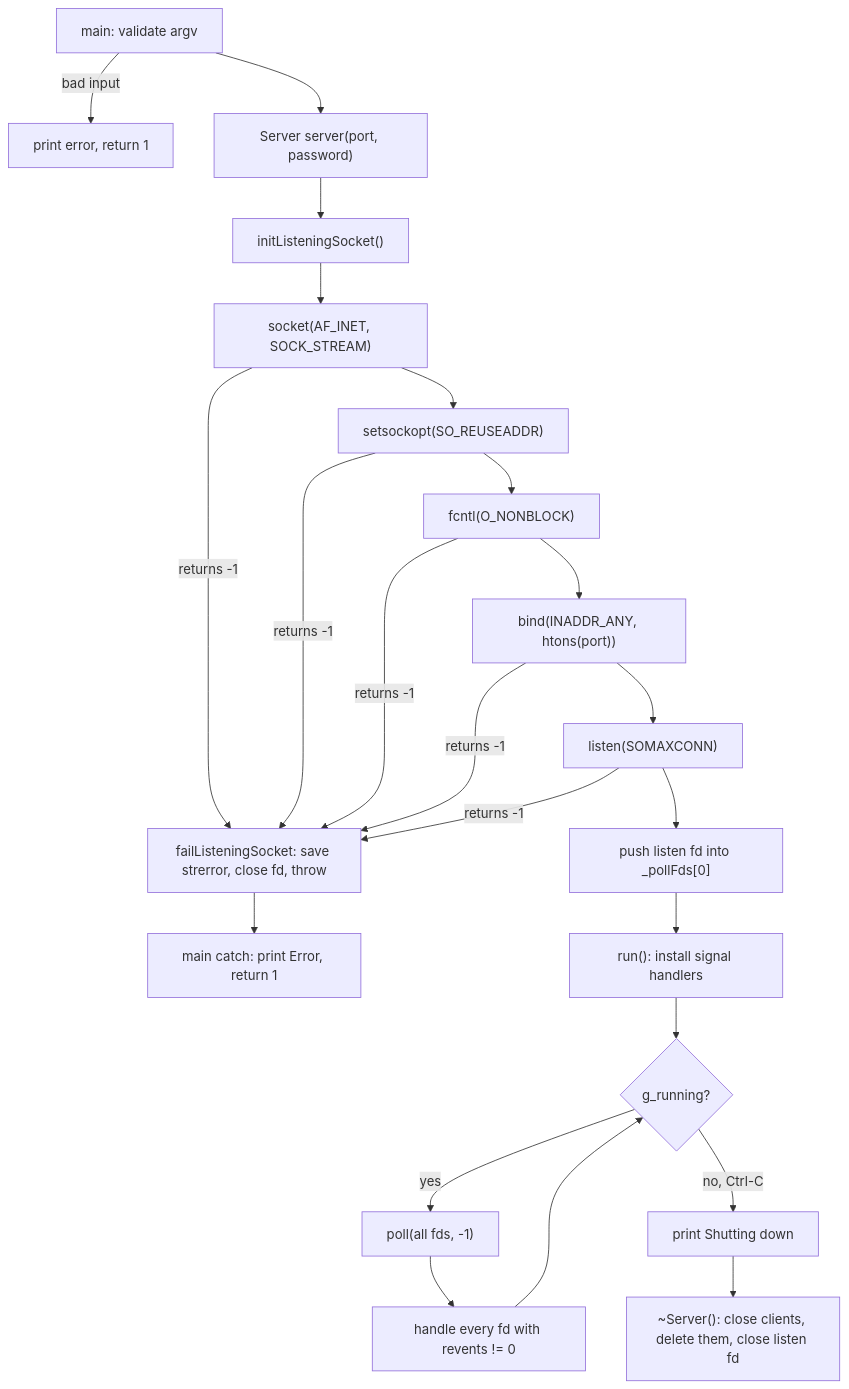
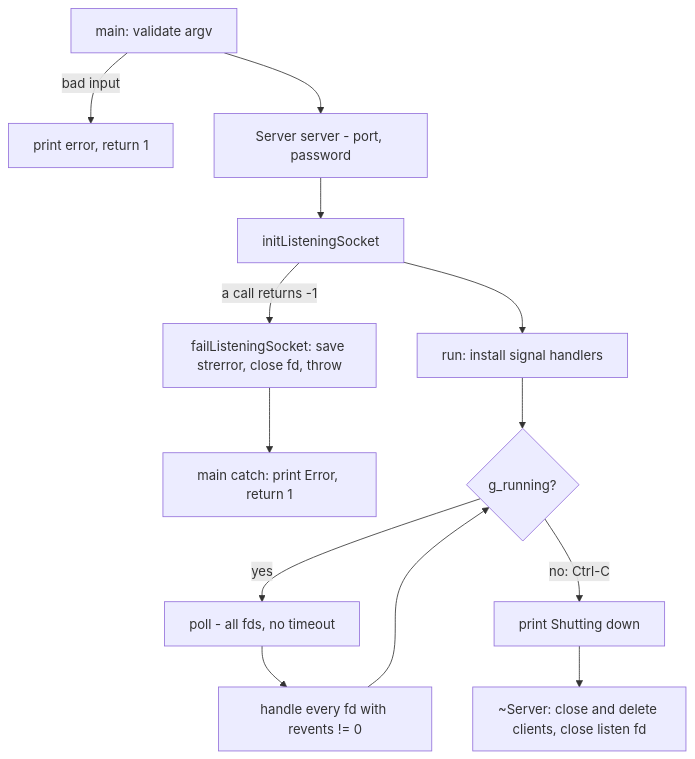
One commit to AAnaPereiraa/ft_irc changed the second of 10 diagrams in docs/accept-poll-workflow.md. Above: the diagram before and after it, drawn with Mermaid. The commit also changed other lines of this file, not shown here.

````diff
--- a/docs/accept-poll-workflow.md
+++ b/docs/accept-poll-workflow.md
@@ -26,21 +87,15 @@
 ```mermaid
 flowchart TD
   A["main: validate argv"] -->|"bad input"| X["print error, return 1"]
-  A --> B["Server server(port, password)"]
-  B --> C["initListeningSocket()"]
-  C --> C1["socket(AF_INET, SOCK_STREAM)"]
-  C1 --> C2["setsockopt(SO_REUSEADDR)"]
-  C2 --> C3["fcntl(O_NONBLOCK)"]
-  C3 --> C4["bind(INADDR_ANY, htons(port))"]
-  C4 --> C5["listen(SOMAXCONN)"]
-  C5 --> C6["push listen fd into _pollFds[0]"]
-  C1 & C2 & C3 & C4 & C5 -->|"returns -1"| F["failListeningSocket: save strerror, close fd, throw"]
+  A --> B["Server server - port, password"]
+  B --> C["initListeningSocket"]
+  C -->|"a call returns -1"| F["failListeningSocket: save strerror, close fd, throw"]
   F --> Y["main catch: print Error, return 1"]
-  C6 --> D["run(): install signal handlers"]
+  C --> D["run: install signal handlers"]
   D --> L{"g_running?"}
-  L -->|"yes"| P["poll(all fds, -1)"]
+  L -->|"yes"| P["poll - all fds, no timeout"]
   P --> E["handle every fd with revents != 0"]
   E --> L
-  L -->|"no, Ctrl-C"| S["print Shutting down"]
-  S --> Z["~Server(): close clients, delete them, close listen fd"]
+  L -->|"no: Ctrl-C"| S["print Shutting down"]
+  S --> Z["~Server: close and delete clients, close listen fd"]
 ```
````
